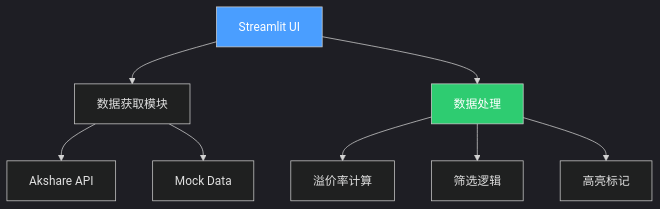
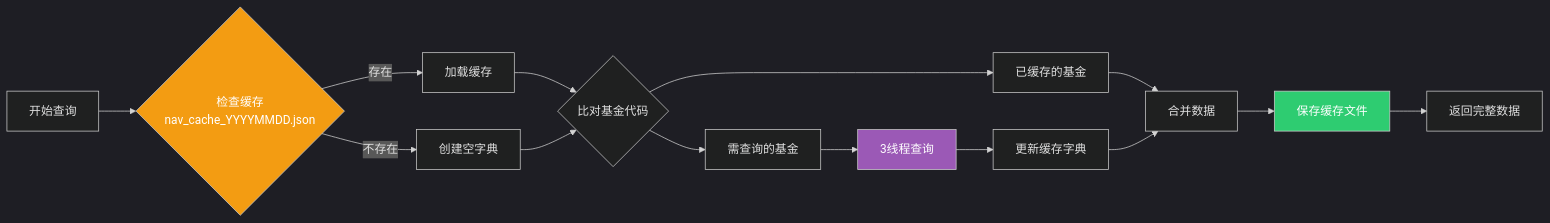
One commit to gupiaodawang888/lof_jt changed the third of 5 diagrams in README.md. Above: the diagram before and after it, drawn with Mermaid. The commit also changed other lines of this file and 2 other files, not shown here.

````diff
--- a/README.md
+++ b/README.md
@@ -162,14 +111,25 @@
 ```mermaid
 %%{init: {'theme':'dark', 'themeVariables': { 'primaryColor':'#4a9eff','background':'#1e1e1e','textColor':'#e0e0e0'}}}%%
-graph TB
-    A[Streamlit UI] --> B[数据获取模块]
-    B --> C[Akshare API]
-    B --> D[Mock Data]
-    A --> E[数据处理]
-    E --> F[溢价率计算]
-    E --> G[筛选逻辑]
-    E --> H[高亮标记]
+flowchart LR
+    A[开始查询] --> B{检查缓存<br/>nav_cache_YYYYMMDD.json}
+    B -->|存在| C[加载缓存]
+    B -->|不存在| D[创建空字典]
     
-    style A fill:#4a9eff,color:#fff
-    style E fill:#2ecc71,color:#fff
+    C --> E{比对基金代码}
+    D --> E
+    
+    E --> F[已缓存的基金]
+    E --> G[需查询的基金]
+    
+    G --> H[3线程查询]
+    H --> I[更新缓存字典]
+    
+    F --> J[合并数据]
+    I --> J
+    J --> K[保存缓存文件]
+    K --> L[返回完整数据]
+    
+    style B fill:#f39c12,color:#fff
+    style H fill:#9b59b6,color:#fff
+    style K fill:#2ecc71,color:#fff
 ```
````
